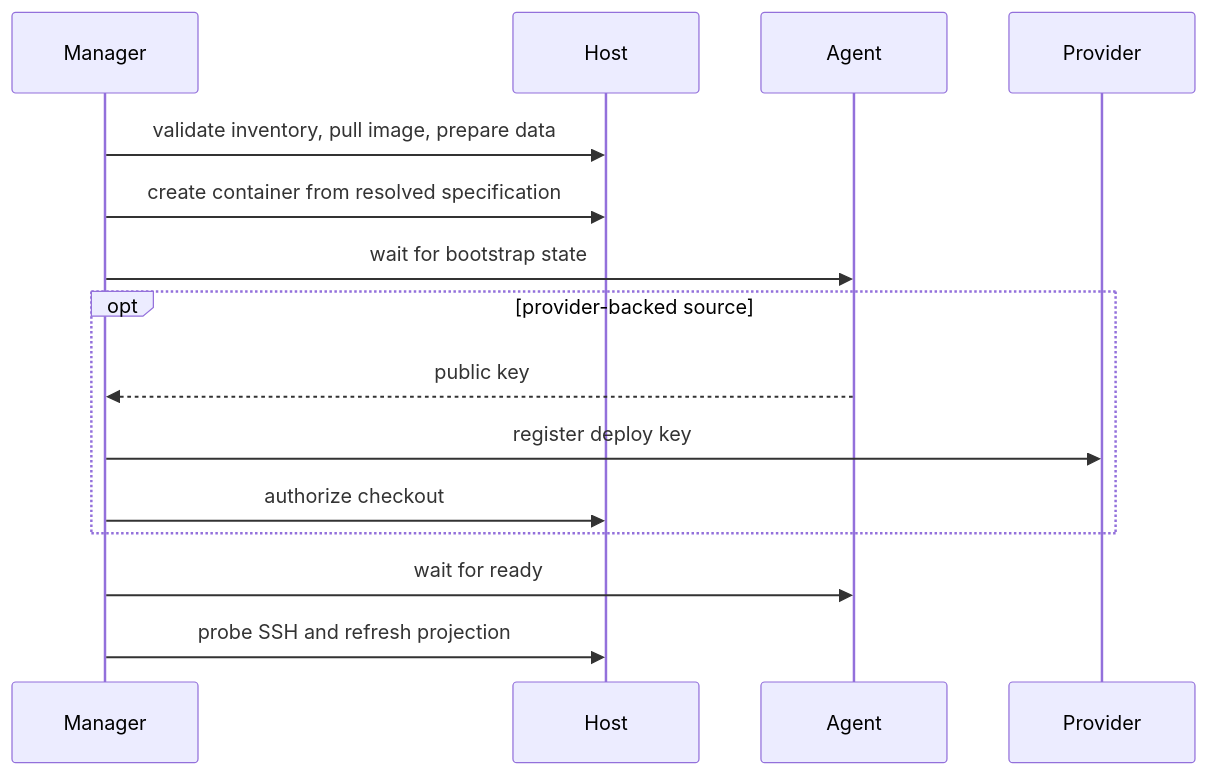
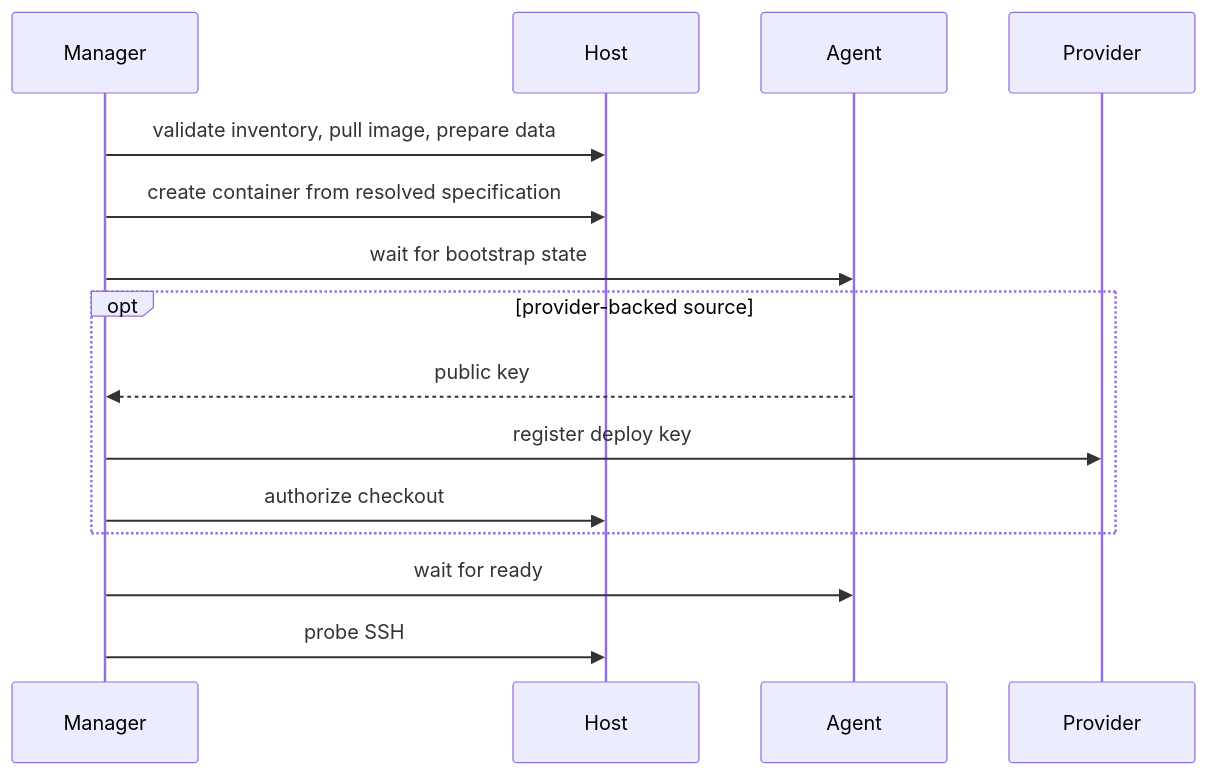
The third of 3 diagrams in src/codespace/DESIGN.md (curoky/codespace), drawn with Mermaid before and after one commit. The commit also changed other lines of this file and 88 other files, not shown here.

````diff
--- a/src/codespace/DESIGN.md
+++ b/src/codespace/DESIGN.md
@@ -93,18 +105,18 @@
 ```mermaid
 sequenceDiagram
     participant Manager
     participant Host
     participant Agent
     participant Provider
 
     Manager->>Host: validate inventory, pull image, prepare data
     Manager->>Host: create container from resolved specification
     Manager->>Agent: wait for bootstrap state
     opt provider-backed source
         Agent-->>Manager: public key
         Manager->>Provider: register deploy key
         Manager->>Host: authorize checkout
     end
     Manager->>Agent: wait for ready
-    Manager->>Host: probe SSH and refresh projection
+    Manager->>Host: probe SSH
 ```
````
